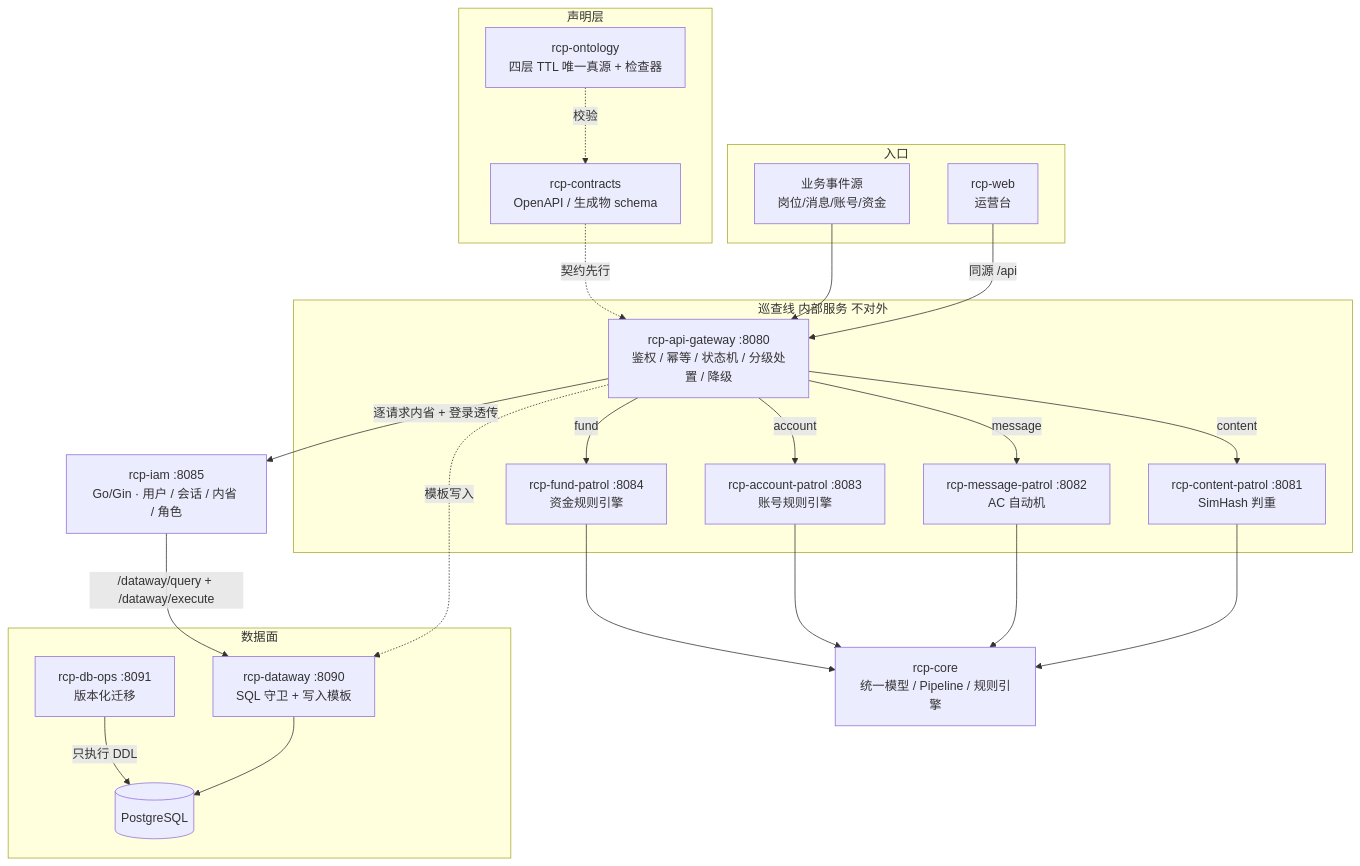
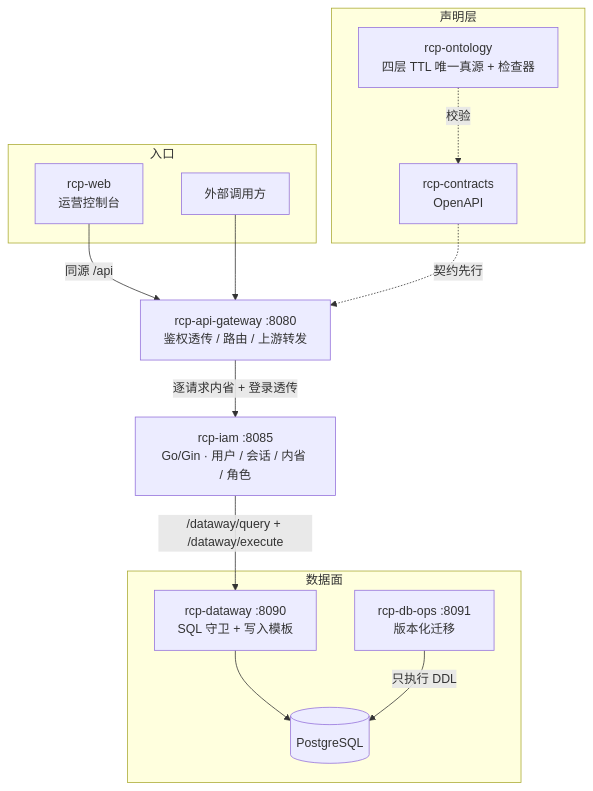
The diagram in docs/ARCHITECTURE.md (lifeipkg/rcp-contracts), drawn with Mermaid before and after one commit. The commit also changed other lines of this file and 19 other files, not shown here.

First line of the commit message:
refactor(contracts): 删除巡查契约与决策 schema，网关契约升 2.0.0

````diff
--- a/docs/ARCHITECTURE.md
+++ b/docs/ARCHITECTURE.md
@@ -35,40 +26,30 @@
 ```mermaid
 flowchart TB
     subgraph 入口
-        WEB[rcp-web<br/>运营台]
-        BIZ[业务事件源<br/>岗位/消息/账号/资金]
+        WEB[rcp-web<br/>运营控制台]
+        BIZ[外部调用方]
     end
     WEB -->|同源 /api| G
     BIZ --> G
 
-    G[rcp-api-gateway :8080<br/>鉴权 / 幂等 / 状态机 / 分级处置 / 降级]
+    G[rcp-api-gateway :8080<br/>鉴权透传 / 路由 / 上游转发]
 
     IAM[rcp-iam :8085<br/>Go/Gin · 用户 / 会话 / 内省 / 角色]
     G -->|逐请求内省 + 登录透传| IAM
-
-    subgraph 巡查线 内部服务 不对外
-        G -->|content| C[rcp-content-patrol :8081<br/>SimHash 判重]
-        G -->|message| M[rcp-message-patrol :8082<br/>AC 自动机]
-        G -->|account| A[rcp-account-patrol :8083<br/>账号规则引擎]
-        G -->|fund| F[rcp-fund-patrol :8084<br/>资金规则引擎]
-    end
-
-    C & M & A & F --> CORE[rcp-core<br/>统一模型 / Pipeline / 规则引擎]
 
     subgraph 数据面
         DW[rcp-dataway :8090<br/>SQL 守卫 + 写入模板]
         DB[(PostgreSQL)]
         DBO[rcp-db-ops :8091<br/>版本化迁移]
     end
-    G -.模板写入.-> DW
     IAM -->|/dataway/query + /dataway/execute| DW
     DW --> DB
     DBO -->|只执行 DDL| DB
 
     subgraph 声明层
         ON[rcp-ontology<br/>四层 TTL 唯一真源 + 检查器]
-        CT[rcp-contracts<br/>OpenAPI / 生成物 schema]
+        CT[rcp-contracts<br/>OpenAPI]
     end
     ON -.校验.-> CT
     CT -.契约先行.-> G
 ```
````
